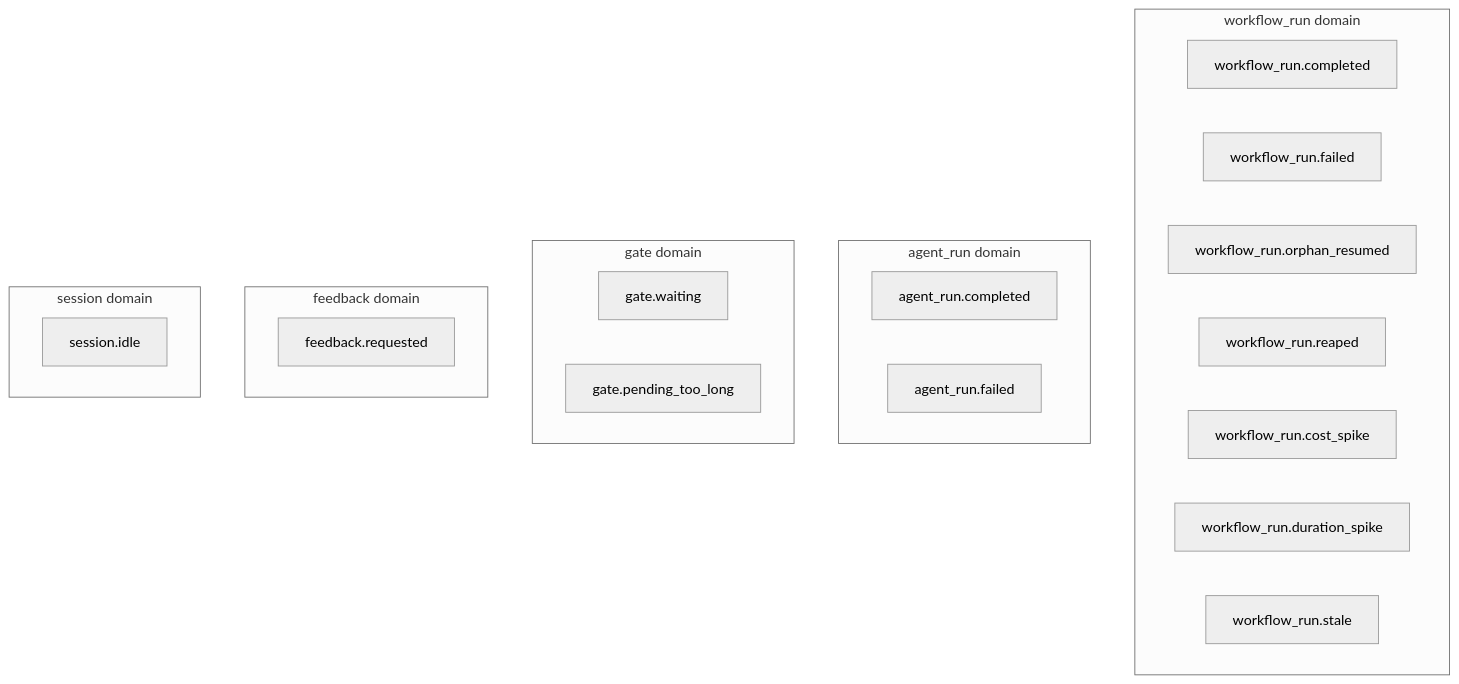
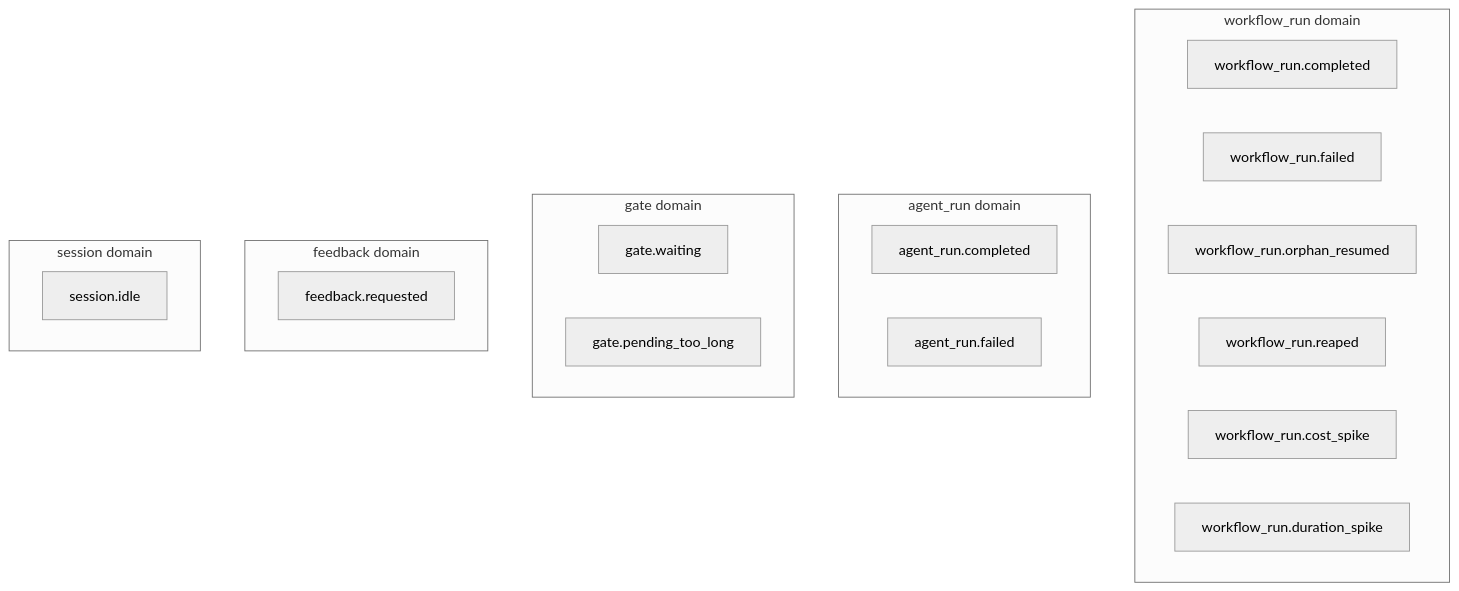
The first of 6 diagrams in docs/notification-hooks.md (devinrosen/conductor-ai), drawn with Mermaid (neutral theme) before and after one commit. The commit also changed other lines of this file and 18 other files, not shown here.

````diff
--- a/docs/notification-hooks.md
+++ b/docs/notification-hooks.md
@@ -15,30 +15,29 @@
 ```mermaid
 flowchart TD
     subgraph WF["workflow_run domain"]
         WRC["workflow_run.completed"]
         WRF["workflow_run.failed"]
         WRO["workflow_run.orphan_resumed"]
         WRR["workflow_run.reaped"]
         WCS["workflow_run.cost_spike"]
         WDS["workflow_run.duration_spike"]
-        WRS["workflow_run.stale"]
     end
 
     subgraph AG["agent_run domain"]
         ARC["agent_run.completed"]
         ARF["agent_run.failed"]
     end
 
     subgraph GT["gate domain"]
         GW["gate.waiting"]
         GPT["gate.pending_too_long"]
     end
 
     subgraph FB["feedback domain"]
         FR["feedback.requested"]
     end
 
     subgraph SS["session domain"]
         SI["session.idle"]
     end
 ```
````
